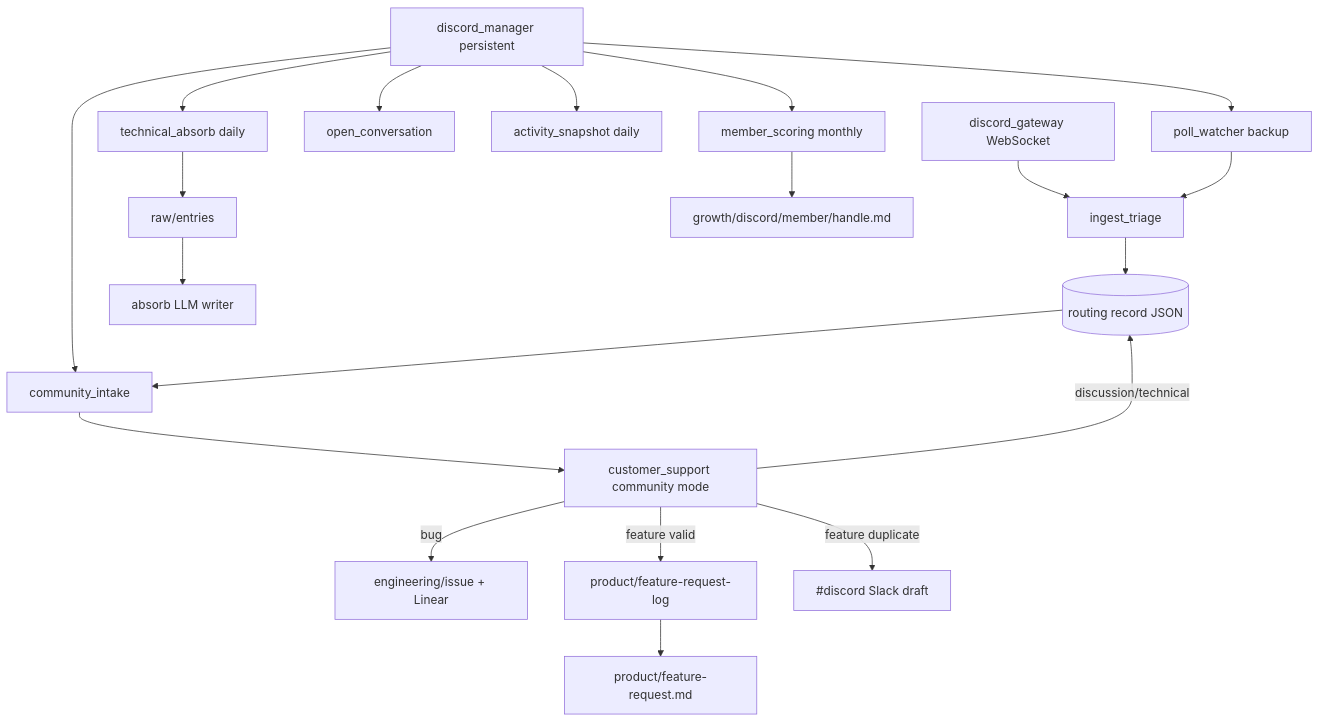
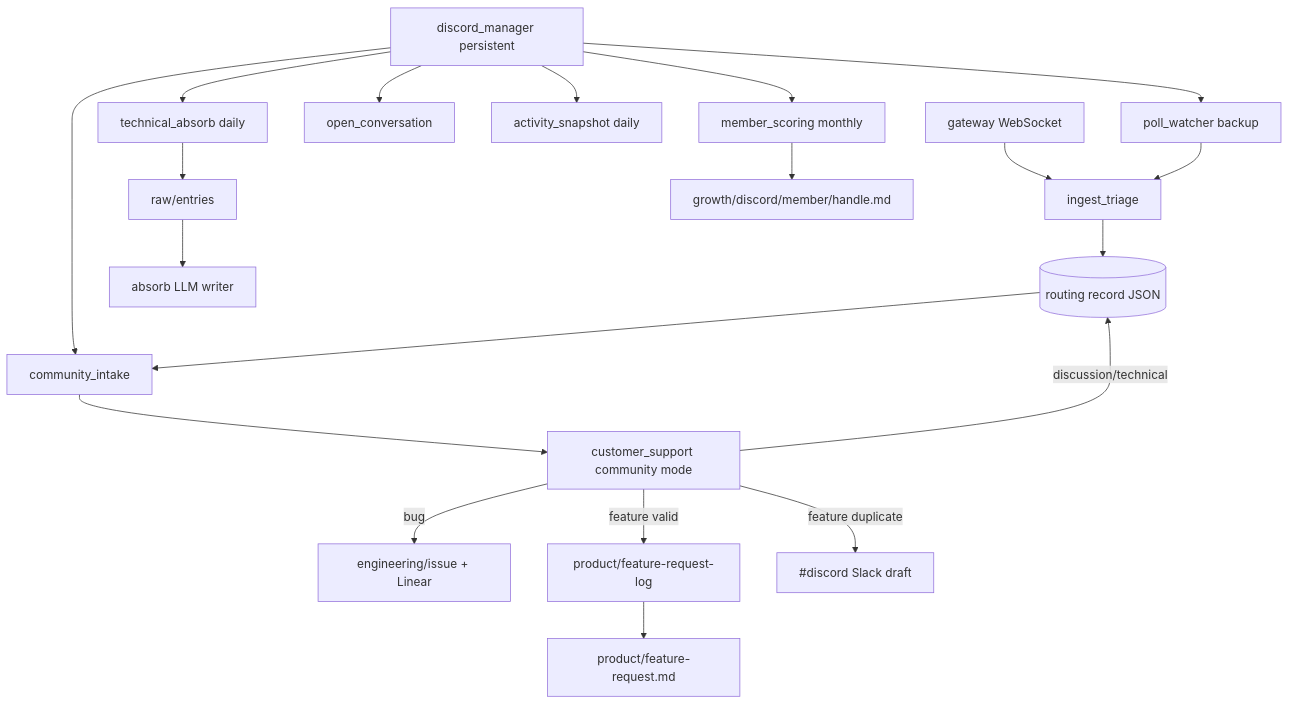
Before and after one commit to NickyHeC/4r7a: the second of 3 diagrams in docs/agents/growth.md, drawn with Mermaid. The commit also changed other lines of this file and 27 other files, not shown here.

````diff
--- a/docs/agents/growth.md
+++ b/docs/agents/growth.md
@@ -111,22 +111,22 @@
 ```mermaid
 flowchart TD
-  GW[discord_gateway WebSocket] --> TR[ingest_triage]
+  GW[gateway WebSocket] --> TR[ingest_triage]
   PW[poll_watcher backup] --> TR
   TR --> RR[(routing record JSON)]
   DM[discord_manager persistent] --> PW
   DM --> CI[community_intake]
   DM --> OC[open_conversation]
   DM --> AS[activity_snapshot daily]
   DM --> TA[technical_absorb daily]
   DM --> MS[member_scoring monthly]
   RR --> CI
   CI --> CS[customer_support community mode]
   CS -->|bug| ISS[engineering/issue + Linear]
   CS -->|feature valid| FRL[product/feature-request-log]
   CS -->|feature duplicate| DRAFT[#discord Slack draft]
   CS -->|discussion/technical| RR
   FRL --> FRR[product/feature-request.md]
   TA --> RAW[raw/entries]
   RAW --> ABS[absorb LLM writer]
   MS --> MEM[growth/discord/member/handle.md]
 ```
````
